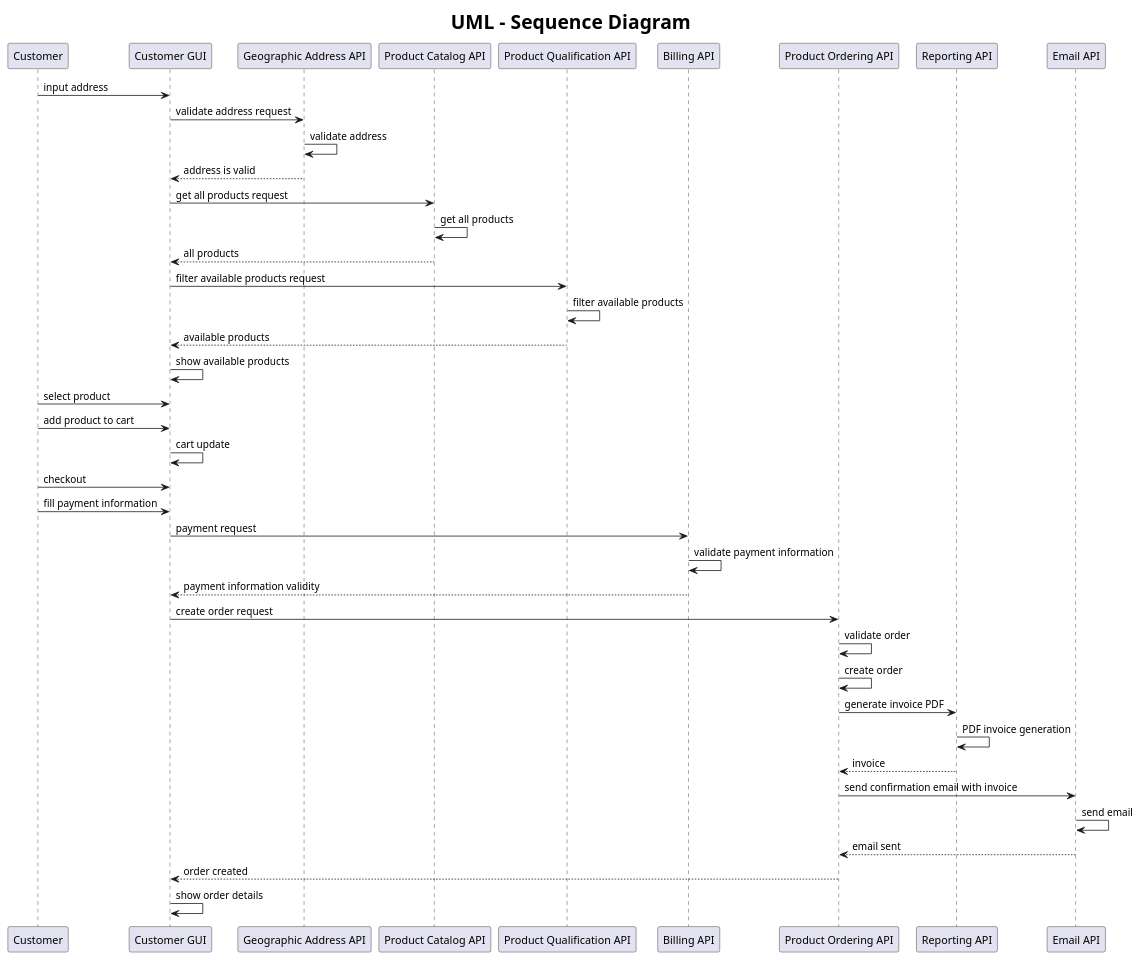
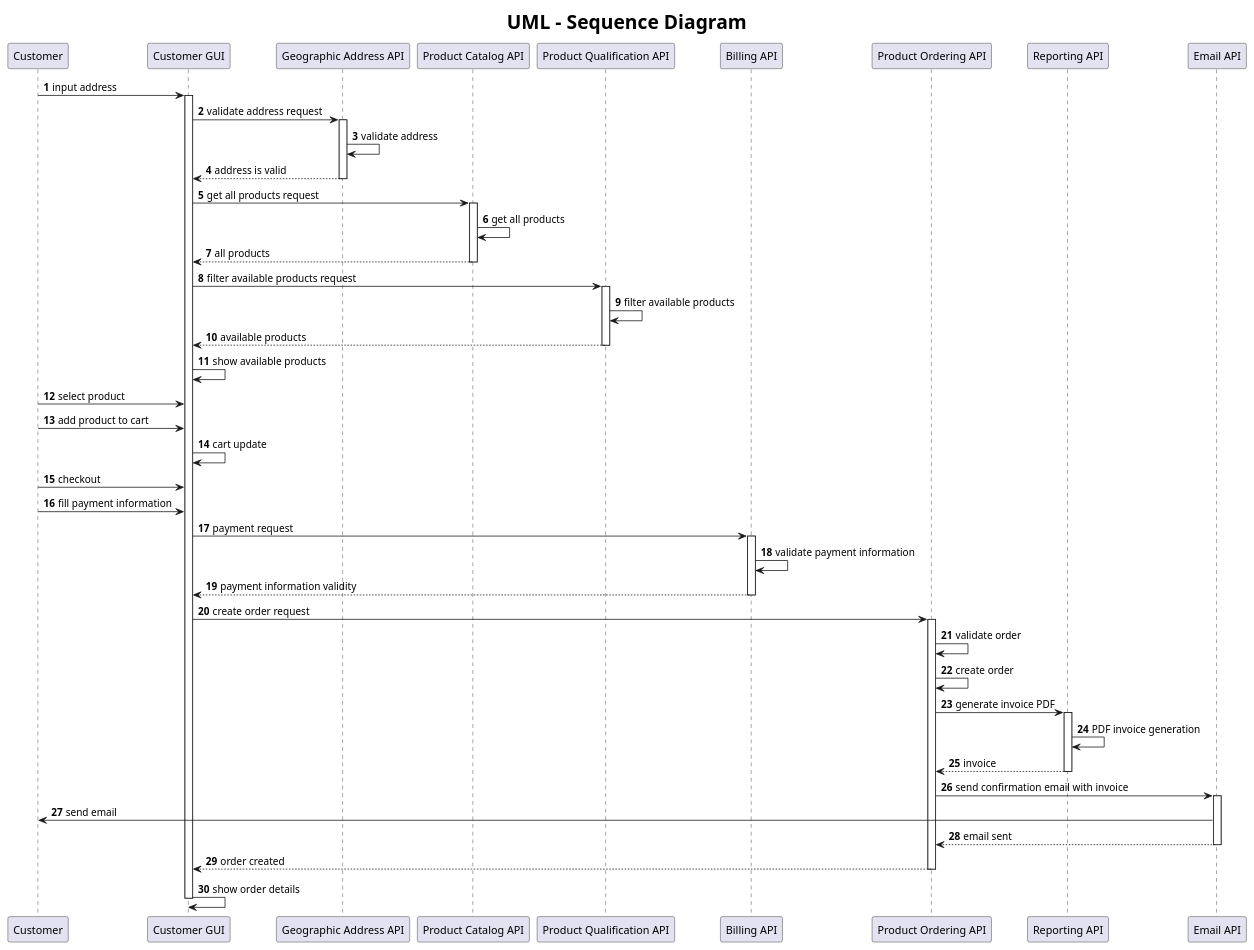
The diagram in uml/sequence/order-product-sequence.puml (ensarhamzic/diplomski-rad-softversko-inzenjerstvo), drawn with PlantUML before and after one commit.

Commit message:
sequence diagram pt2

```diff
--- a/uml/sequence/order-product-sequence.puml
+++ b/uml/sequence/order-product-sequence.puml
@@ -1,42 +1,43 @@
 @startuml
 skinparam titleFontSize 25
 
 title
 UML - Sequence Diagram
 end title
 
-"Customer" -> "Customer GUI": input address
-"Customer GUI" -> "Geographic Address API": validate address request
+autonumber
+"Customer" -> "Customer GUI" ++: input address
+"Customer GUI" -> "Geographic Address API" ++: validate address request
 "Geographic Address API" -> "Geographic Address API": validate address
-"Geographic Address API" --> "Customer GUI": address is valid
+"Geographic Address API" --> "Customer GUI" -- : address is valid
 
-"Customer GUI" -> "Product Catalog API": get all products request
+"Customer GUI" -> "Product Catalog API" ++: get all products request
 "Product Catalog API" -> "Product Catalog API": get all products
-"Product Catalog API" --> "Customer GUI": all products
+"Product Catalog API" --> "Customer GUI" --: all products
 
-"Customer GUI" -> "Product Qualification API": filter available products request
+"Customer GUI" -> "Product Qualification API" ++: filter available products request
 "Product Qualification API" -> "Product Qualification API": filter available products
-"Product Qualification API" --> "Customer GUI": available products
+"Product Qualification API" --> "Customer GUI" --: available products
 "Customer GUI" -> "Customer GUI": show available products
 
 "Customer" -> "Customer GUI": select product
 "Customer" -> "Customer GUI": add product to cart
 "Customer GUI" -> "Customer GUI": cart update
 "Customer" -> "Customer GUI": checkout
 "Customer" -> "Customer GUI": fill payment information
-"Customer GUI" -> "Billing API": payment request
+"Customer GUI" -> "Billing API" ++: payment request
 "Billing API" -> "Billing API": validate payment information
-"Billing API" --> "Customer GUI": payment information validity
-"Customer GUI" -> "Product Ordering API": create order request
+"Billing API" --> "Customer GUI" --: payment information validity
+"Customer GUI" -> "Product Ordering API" ++: create order request
 "Product Ordering API" -> "Product Ordering API": validate order
 "Product Ordering API" -> "Product Ordering API": create order
-"Product Ordering API" -> "Reporting API": generate invoice PDF
+"Product Ordering API" -> "Reporting API" ++: generate invoice PDF
 "Reporting API" -> "Reporting API": PDF invoice generation
-"Reporting API" --> "Product Ordering API": invoice
-"Product Ordering API" -> "Email API": send confirmation email with invoice
-"Email API" -> "Email API": send email
-"Email API" --> "Product Ordering API": email sent
+"Reporting API" --> "Product Ordering API" --: invoice
+"Product Ordering API" -> "Email API" ++: send confirmation email with invoice
+"Email API" -> "Customer": send email
+"Email API" --> "Product Ordering API" --: email sent
 
-"Product Ordering API" --> "Customer GUI": order created
-"Customer GUI" -> "Customer GUI": show order details
+"Product Ordering API" --> "Customer GUI" --: order created
+"Customer GUI" -> "Customer GUI" --: show order details
 @enduml
```
